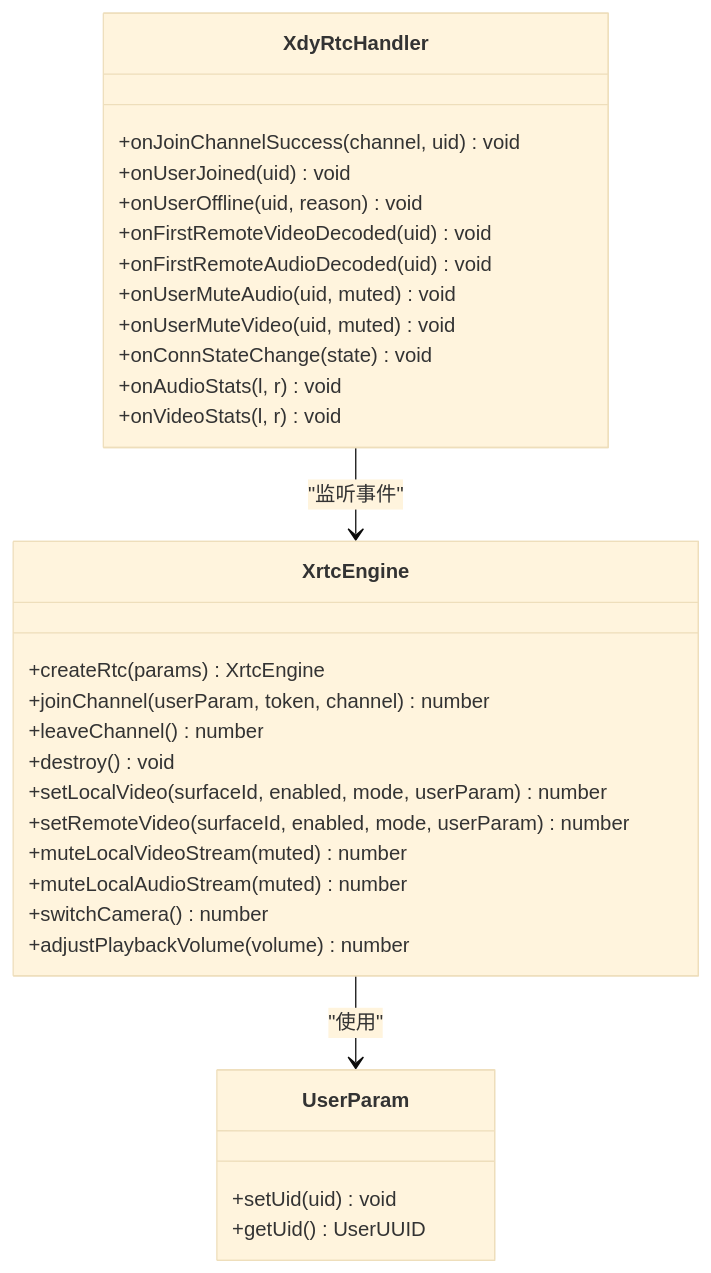
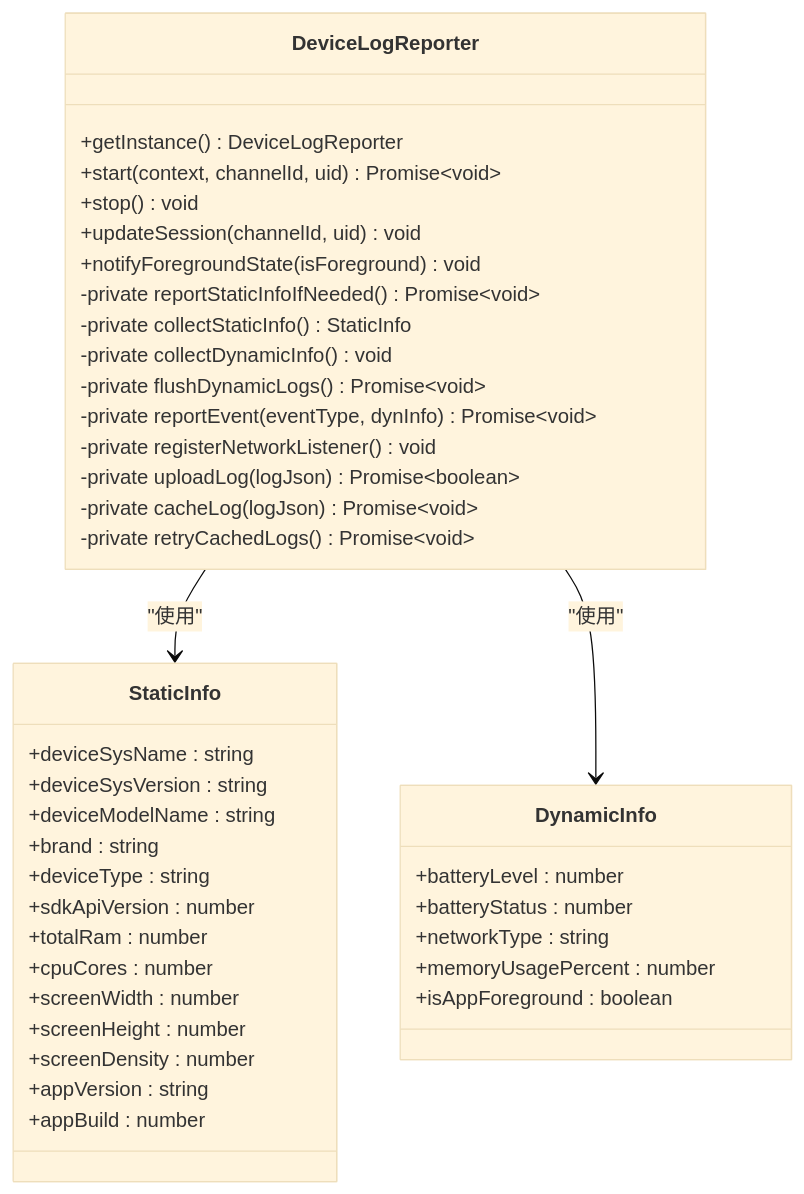
The fourth of 8 diagrams in .qoder/repowiki/zh/content/主要功能模块/主要功能模块.md (huz1xuan/harmony_XDY), drawn with Mermaid (base theme) before and after one commit. The commit also changed other lines of this file and 15 other files, not shown here.

````diff
--- a/.qoder/repowiki/zh/content/主要功能模块/主要功能模块.md
+++ b/.qoder/repowiki/zh/content/主要功能模块/主要功能模块.md
@@ -232,33 +318,43 @@
 ```mermaid
 classDiagram
-class XrtcEngine {
-+createRtc(params) XrtcEngine
-+joinChannel(userParam, token, channel) number
-+leaveChannel() number
-+destroy() void
-+setLocalVideo(surfaceId, enabled, mode, userParam) number
-+setRemoteVideo(surfaceId, enabled, mode, userParam) number
-+muteLocalVideoStream(muted) number
-+muteLocalAudioStream(muted) number
-+switchCamera() number
-+adjustPlaybackVolume(volume) number
+class DeviceLogReporter {
++getInstance() DeviceLogReporter
++start(context, channelId, uid) Promise~void~
++stop() void
++updateSession(channelId, uid) void
++notifyForegroundState(isForeground) void
+-private reportStaticInfoIfNeeded() Promise~void~
+-private collectStaticInfo() StaticInfo
+-private collectDynamicInfo() void
+-private flushDynamicLogs() Promise~void~
+-private reportEvent(eventType, dynInfo) Promise~void~
+-private registerNetworkListener() void
+-private uploadLog(logJson) Promise~boolean~
+-private cacheLog(logJson) Promise~void~
+-private retryCachedLogs() Promise~void~
 }
-class UserParam {
-+setUid(uid) void
-+getUid() UserUUID
+class StaticInfo {
++deviceSysName : string
++deviceSysVersion : string
++deviceModelName : string
++brand : string
++deviceType : string
++sdkApiVersion : number
++totalRam : number
++cpuCores : number
++screenWidth : number
++screenHeight : number
++screenDensity : number
++appVersion : string
++appBuild : number
 }
-class XdyRtcHandler {
-+onJoinChannelSuccess(channel, uid) void
-+onUserJoined(uid) void
-+onUserOffline(uid, reason) void
-+onFirstRemoteVideoDecoded(uid) void
-+onFirstRemoteAudioDecoded(uid) void
-+onUserMuteAudio(uid, muted) void
-+onUserMuteVideo(uid, muted) void
-+onConnStateChange(state) void
-+onAudioStats(l, r) void
-+onVideoStats(l, r) void
+class DynamicInfo {
++batteryLevel : number
++batteryStatus : number
++networkType : string
++memoryUsagePercent : number
++isAppForeground : boolean
 }
-XrtcEngine --> UserParam : "使用"
-XdyRtcHandler --> XrtcEngine : "监听事件"
+DeviceLogReporter --> StaticInfo : "使用"
+DeviceLogReporter --> DynamicInfo : "使用"
 ```
````
